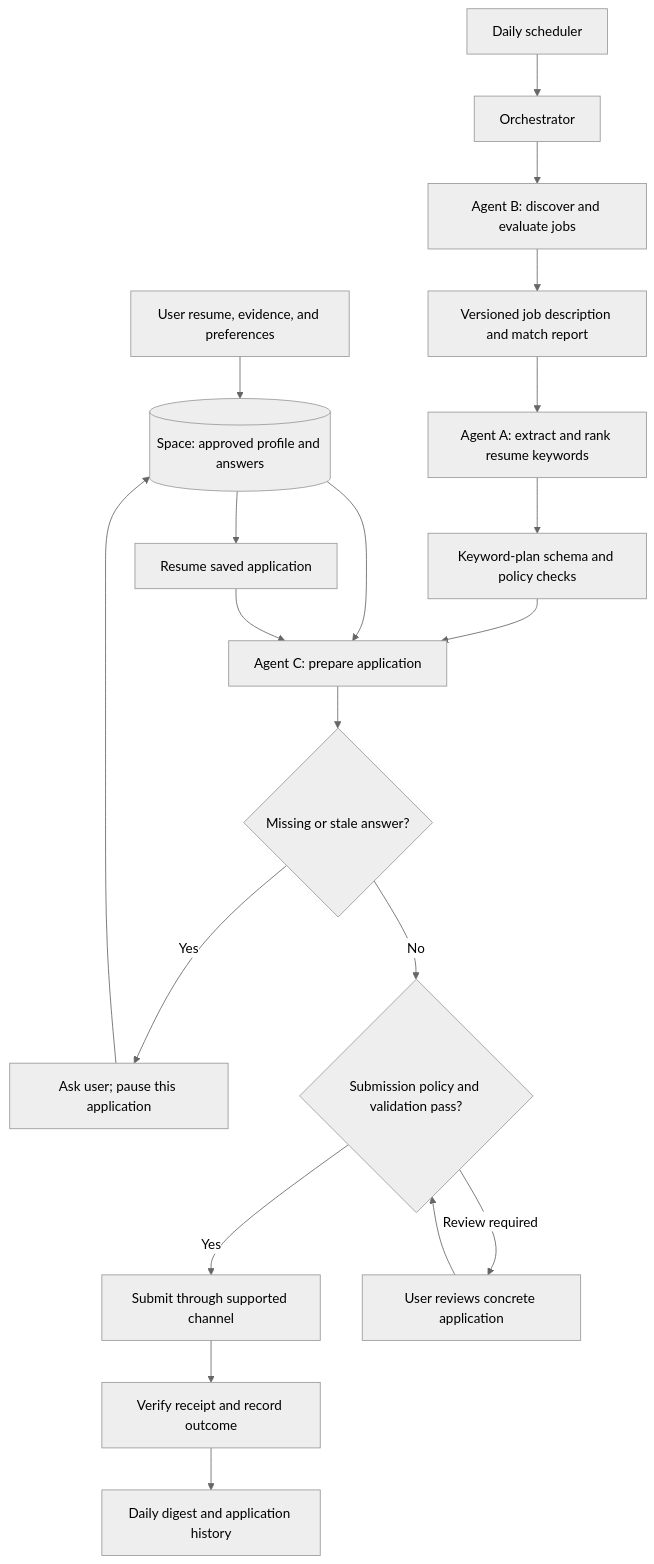
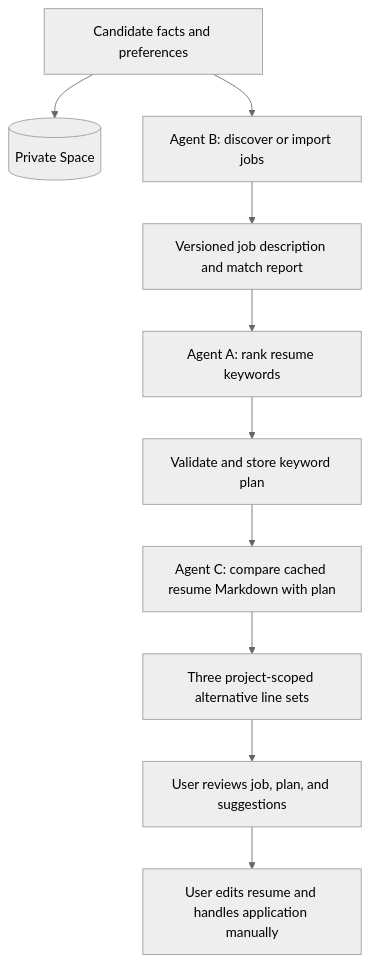
Before and after one commit to SubramDas/Job_Automation: the diagram in JOB_APPLICATION_PIPELINE_PLAN.md, drawn with Mermaid (neutral theme). The commit also changed other lines of this file and 57 other files, not shown here.

Commit message:
Agent C which suggests resume pointers based on keywords

````diff
--- a/JOB_APPLICATION_PIPELINE_PLAN.md
+++ b/JOB_APPLICATION_PIPELINE_PLAN.md
@@ -39,22 +22,12 @@
 ```mermaid
 flowchart TD
-    U[User resume, evidence, and preferences] --> S[(Space: approved profile and answers)]
-    T[Daily scheduler] --> O[Orchestrator]
-    O --> B[Agent B: discover and evaluate jobs]
+    U[Candidate facts and preferences] --> S[(Private Space)]
+    U --> B[Agent B: discover or import jobs]
     B --> J[Versioned job description and match report]
-    J --> A[Agent A: extract and rank resume keywords]
-    A --> Q[Keyword-plan schema and policy checks]
-    Q --> C[Agent C: prepare application]
-    S --> C
-    C --> M{Missing or stale answer?}
-    M -->|Yes| H[Ask user; pause this application]
-    H --> S
-    S --> R[Resume saved application]
-    R --> C
-    M -->|No| G{Submission policy and validation pass?}
-    G -->|Yes| P[Submit through supported channel]
-    G -->|Review required| V[User reviews concrete application]
-    V --> G
-    P --> E[Verify receipt and record outcome]
-    E --> D[Daily digest and application history]
+    J --> A[Agent A: rank resume keywords]
+    A --> V[Validate and store keyword plan]
+    V --> C[Agent C: compare cached resume Markdown with plan]
+    C --> O[Three project-scoped alternative line sets]
+    O --> R[User reviews job, plan, and suggestions]
+    R --> E[User edits resume and handles application manually]
 ```
````
